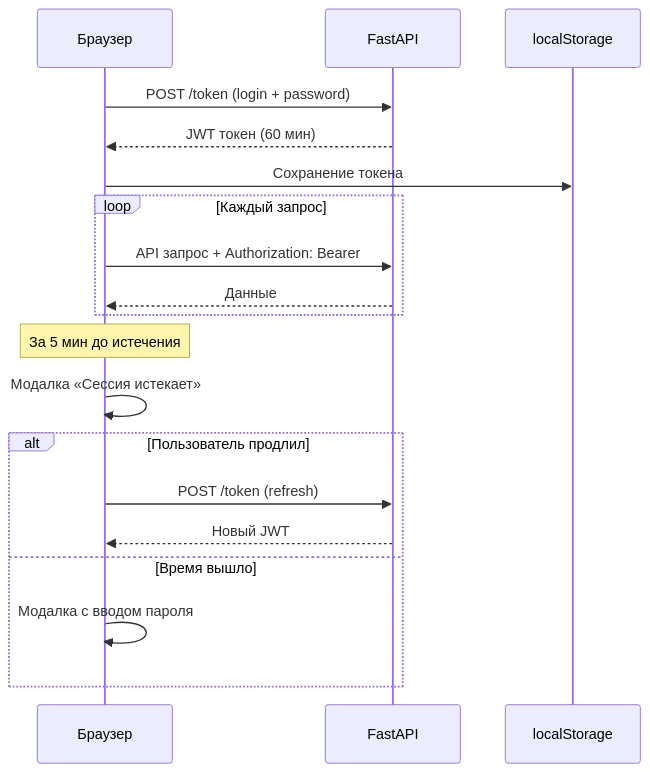
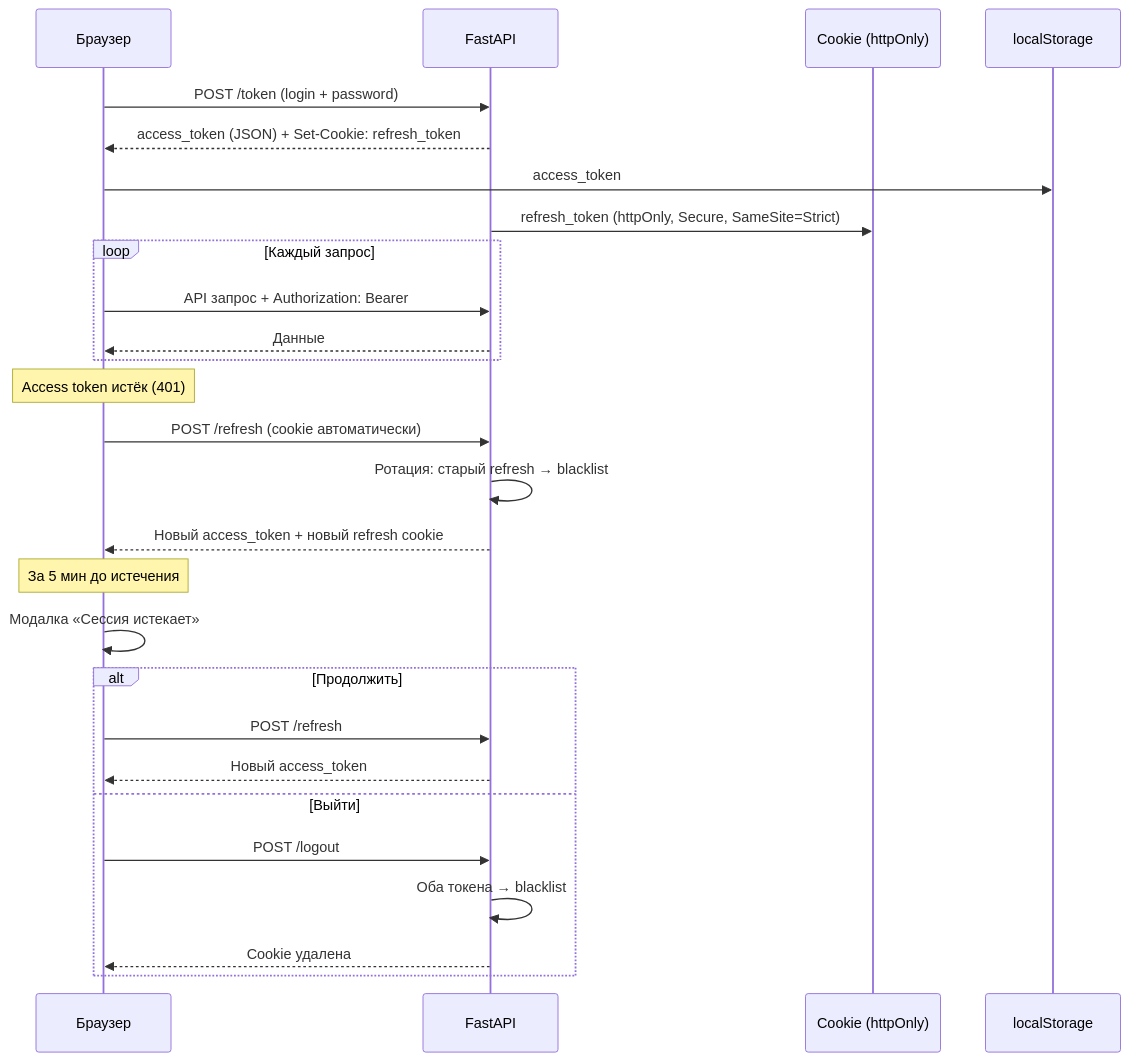
The second of 3 diagrams in README.md (wobujidao/PostgreSQL-Activity-Monitor), drawn with Mermaid before and after one commit. The commit also changed other lines of this file and 3 other files, not shown here.

````diff
--- a/README.md
+++ b/README.md
@@ -87,24 +90,33 @@
 ```mermaid
 sequenceDiagram
     participant B as Браузер
     participant F as FastAPI
+    participant C as Cookie (httpOnly)
     participant S as localStorage
 
     B->>F: POST /token (login + password)
-    F-->>B: JWT токен (60 мин)
-    B->>S: Сохранение токена
+    F-->>B: access_token (JSON) + Set-Cookie: refresh_token
+    B->>S: access_token
+    F->>C: refresh_token (httpOnly, Secure, SameSite=Strict)
 
     loop Каждый запрос
         B->>F: API запрос + Authorization: Bearer
         F-->>B: Данные
     end
 
+    Note over B: Access token истёк (401)
+    B->>F: POST /refresh (cookie автоматически)
+    F->>F: Ротация: старый refresh → blacklist
+    F-->>B: Новый access_token + новый refresh cookie
+
     Note over B: За 5 мин до истечения
     B->>B: Модалка «Сессия истекает»
-    alt Пользователь продлил
-        B->>F: POST /token (refresh)
-        F-->>B: Новый JWT
-    else Время вышло
-        B->>B: Модалка с вводом пароля
+    alt Продолжить
+        B->>F: POST /refresh
+        F-->>B: Новый access_token
+    else Выйти
+        B->>F: POST /logout
+        F->>F: Оба токена → blacklist
+        F-->>B: Cookie удалена
     end
 ```
````
